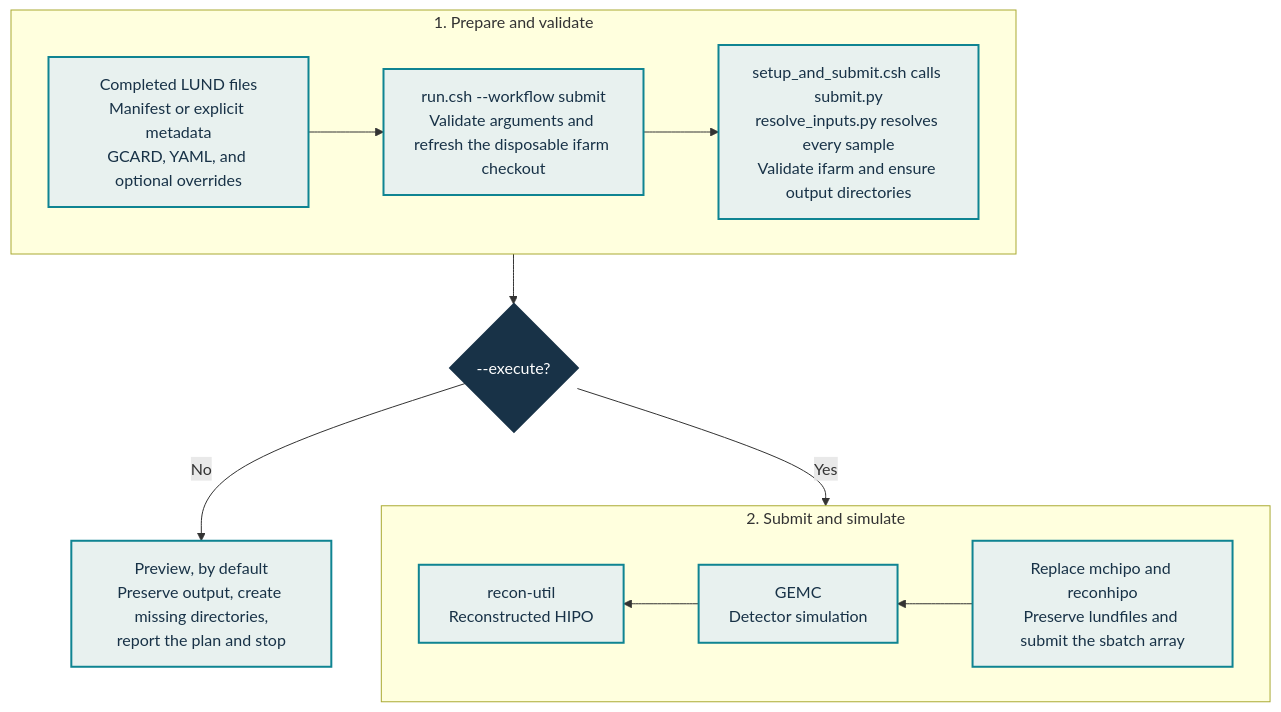
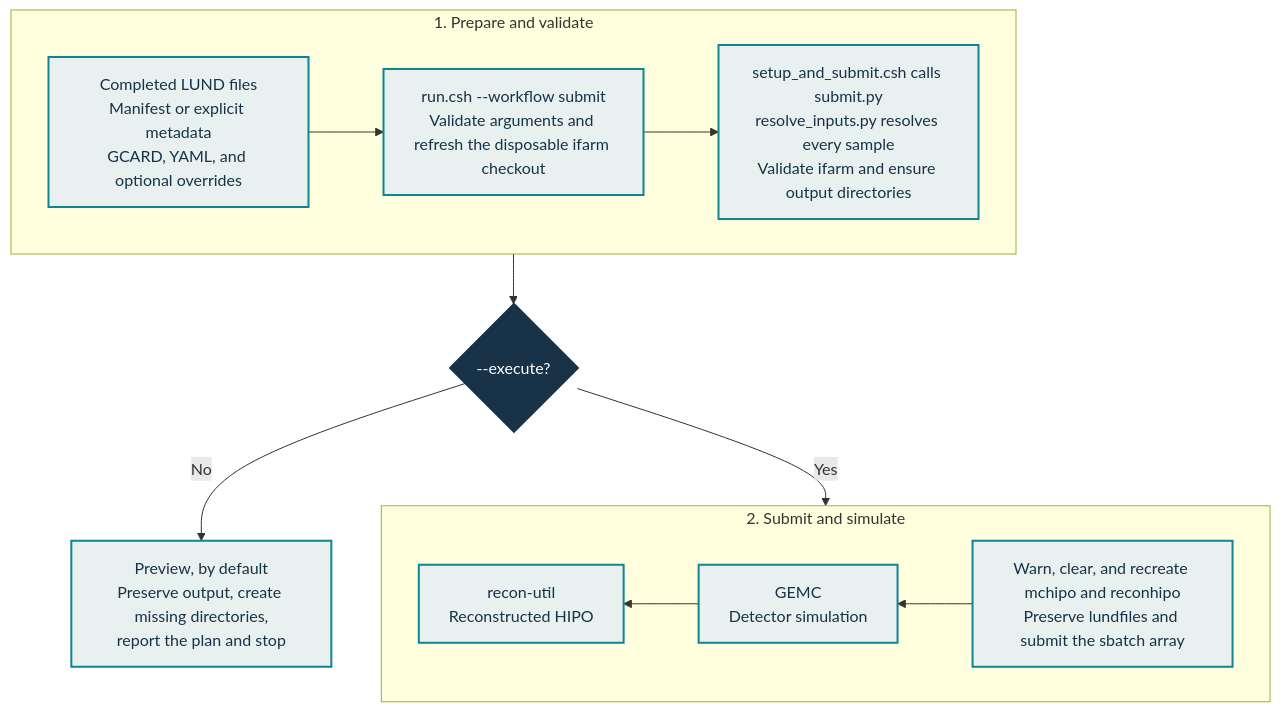
The diagram in docs/submit-simulation/index.md (alons126/CLAS12-sample-generator), drawn with Mermaid before and after one commit. The commit also changed 10 other files, not shown here.

````diff
--- a/docs/submit-simulation/index.md
+++ b/docs/submit-simulation/index.md
@@ -5,26 +5,26 @@
 ```mermaid
 flowchart TB
     subgraph PREPARE["1. Prepare and validate"]
         direction LR
         INPUTS["Completed LUND files<br/>Manifest or explicit metadata<br/>GCARD, YAML, and optional overrides"] --> ENTRY["run.csh --workflow submit<br/>Validate arguments and refresh the disposable ifarm checkout"]
         ENTRY --> VALIDATE["setup_and_submit.csh calls submit.py<br/>resolve_inputs.py resolves every sample<br/>Validate ifarm and ensure output directories"]
     end
 
     EXECUTE{"--execute?"}
     PREVIEW["Preview, by default<br/>Preserve output, create missing directories,<br/>report the plan and stop"]
 
     subgraph SIMULATE["2. Submit and simulate"]
         direction RL
-        SUBMIT["Replace mchipo and reconhipo<br/>Preserve lundfiles and submit the sbatch array"] --> GEMC["GEMC<br/>Detector simulation"]
+        SUBMIT["Warn, clear, and recreate mchipo and reconhipo<br/>Preserve lundfiles and submit the sbatch array"] --> GEMC["GEMC<br/>Detector simulation"]
         GEMC --> RECON["recon-util<br/>Reconstructed HIPO"]
     end
 
     PREPARE --> EXECUTE
     EXECUTE -->|No| PREVIEW
     EXECUTE -->|Yes| SIMULATE
 
     classDef decision fill:#183247,color:#ffffff,stroke:#183247,stroke-width:2px;
     classDef stage fill:#e8f1ef,color:#183247,stroke:#0f8492,stroke-width:2px;
     class EXECUTE decision;
     class INPUTS,ENTRY,VALIDATE,PREVIEW,SUBMIT,GEMC,RECON stage;
 ```
````
